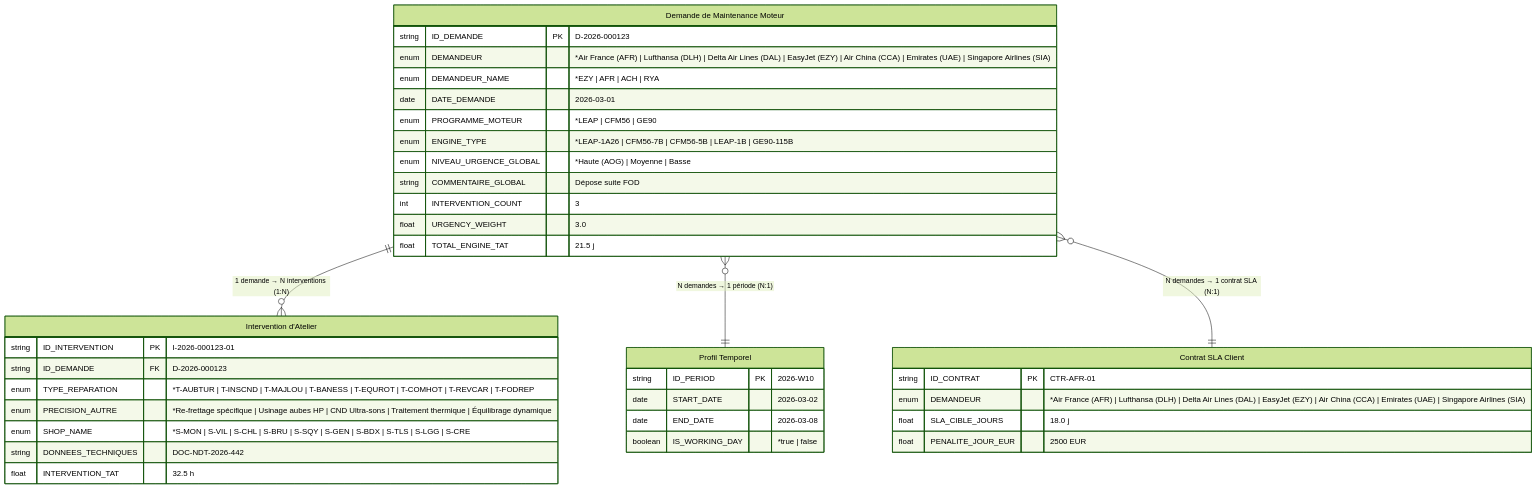
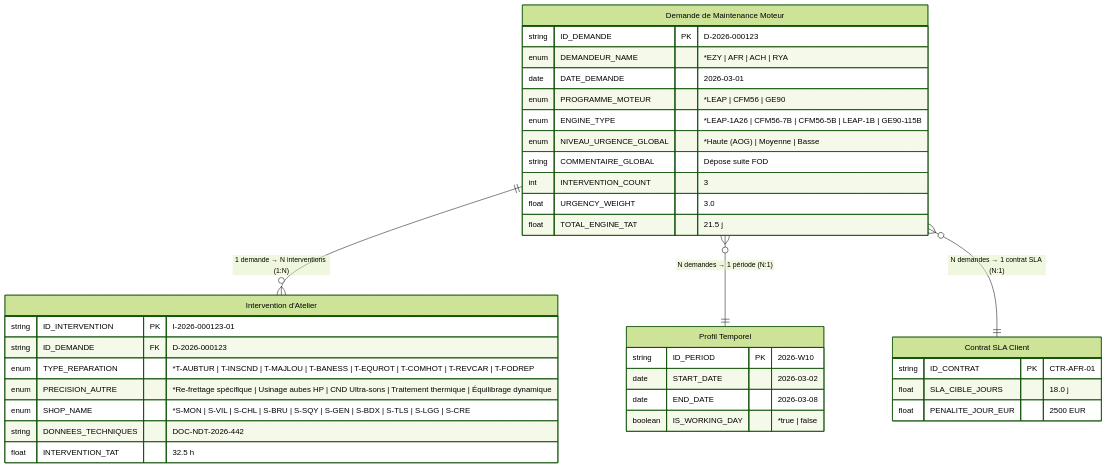
One commit to quangfr/bimaestro changed the first of 16 diagrams in content.md. Above: the diagram before and after it, drawn with Mermaid (forest theme). The commit also changed other lines of this file and 2 other files, not shown here.

Commit message:
feat: align toggles, per-option UML schemas for steps 3/5, graph data generator modal, and Grid.js refinements

````diff
--- a/content.md
+++ b/content.md
@@ -179,41 +177,39 @@
 ```mermaid
 erDiagram
     MDT_MAINTENANCE_REQUEST ||--o{ MDT_INTERVENTION : "1 demande → N interventions (1:N)"
     MDT_MAINTENANCE_REQUEST }o--|| TIMEPROFILE : "N demandes → 1 période (N:1)"
     MDT_MAINTENANCE_REQUEST }o--|| CONTRACT_SLA : "N demandes → 1 contrat SLA (N:1)"
 
     MDT_MAINTENANCE_REQUEST ["Demande de Maintenance Moteur"] {
         string ID_DEMANDE PK "D-2026-000123"
-        enum DEMANDEUR "*Air France (AFR) | Lufthansa (DLH) | Delta Air Lines (DAL) | EasyJet (EZY) | Air China (CCA) | Emirates (UAE) | Singapore Airlines (SIA)"
         enum DEMANDEUR_NAME "*EZY | AFR | ACH | RYA"
         date DATE_DEMANDE "2026-03-01"
         enum PROGRAMME_MOTEUR "*LEAP | CFM56 | GE90"
         enum ENGINE_TYPE "*LEAP-1A26 | CFM56-7B | CFM56-5B | LEAP-1B | GE90-115B"
         enum NIVEAU_URGENCE_GLOBAL "*Haute (AOG) | Moyenne | Basse"
         string COMMENTAIRE_GLOBAL "Dépose suite FOD"
         int INTERVENTION_COUNT "3"
         float URGENCY_WEIGHT "3.0"
         float TOTAL_ENGINE_TAT "21.5 j"
     }
     TIMEPROFILE ["Profil Temporel"] {
         string ID_PERIOD PK "2026-W10"
         date START_DATE "2026-03-02"
         date END_DATE "2026-03-08"
         boolean IS_WORKING_DAY "*true | false"
     }
     CONTRACT_SLA ["Contrat SLA Client"] {
         string ID_CONTRAT PK "CTR-AFR-01"
-        enum DEMANDEUR "*Air France (AFR) | Lufthansa (DLH) | Delta Air Lines (DAL) | EasyJet (EZY) | Air China (CCA) | Emirates (UAE) | Singapore Airlines (SIA)"
         float SLA_CIBLE_JOURS "18.0 j"
         float PENALITE_JOUR_EUR "2500 EUR"
     }
     MDT_INTERVENTION ["Intervention d'Atelier"] {
         string ID_INTERVENTION PK "I-2026-000123-01"
         string ID_DEMANDE FK "D-2026-000123"
         enum TYPE_REPARATION "*T-AUBTUR | T-INSCND | T-MAJLOU | T-BANESS | T-EQUROT | T-COMHOT | T-REVCAR | T-FODREP"
         enum PRECISION_AUTRE "*Re-frettage spécifique | Usinage aubes HP | CND Ultra-sons | Traitement thermique | Équilibrage dynamique"
         enum SHOP_NAME "*S-MON | S-VIL | S-CHL | S-BRU | S-SQY | S-GEN | S-BDX | S-TLS | S-LGG | S-CRE"
         string DONNEES_TECHNIQUES "DOC-NDT-2026-442"
         float INTERVENTION_TAT "32.5 h"
     }
 ```
````
